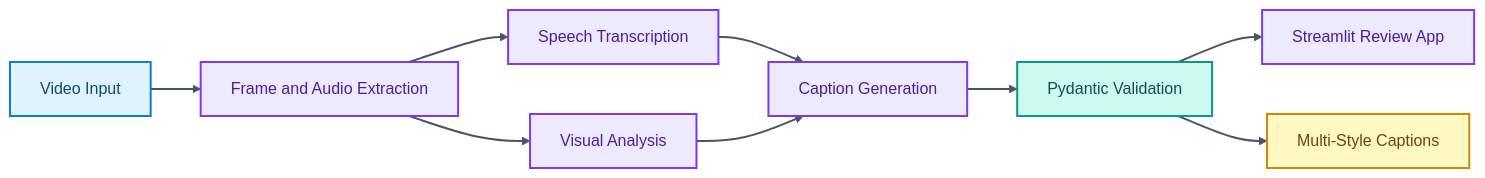
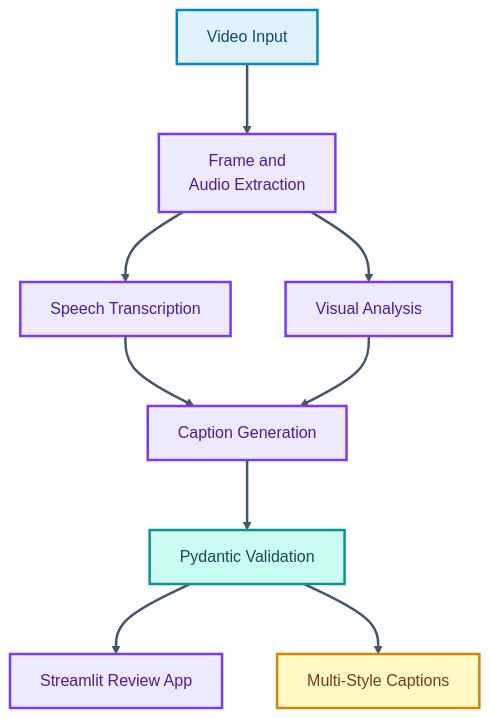
One commit to skx56/sev-cap changed the diagram in README.md. Above: the diagram before and after it, drawn with Mermaid.

Commit message:
Make README architecture diagram vertical

````diff
--- a/README.md
+++ b/README.md
@@ -30,22 +30,23 @@
 ```mermaid
-flowchart LR
-  Video["Video Input"] --> Extract["Frame and Audio Extraction"]
+%%{init: {"flowchart": {"nodeSpacing": 55, "rankSpacing": 70, "curve": "basis"}, "themeVariables": {"fontSize": "16px", "fontFamily": "Inter, ui-sans-serif, system-ui, -apple-system, BlinkMacSystemFont, Segoe UI, sans-serif"}}}%%
+flowchart TD
+  Video["Video Input"] --> Extract["Frame and<br/>Audio Extraction"]
   Extract --> Transcribe["Speech Transcription"]
   Extract --> Analyze["Visual Analysis"]
   Transcribe --> Caption["Caption Generation"]
   Analyze --> Caption
   Caption --> Schemas["Pydantic Validation"]
   Schemas --> Streamlit["Streamlit Review App"]
   Schemas --> Output["Multi-Style Captions"]
 
-  classDef inputs fill:#E0F2FE,stroke:#0284C7,color:#0C4A6E,stroke-width:2px;
-  classDef process fill:#EDE9FE,stroke:#7C3AED,color:#4C1D95,stroke-width:2px;
-  classDef data fill:#CCFBF1,stroke:#0D9488,color:#134E4A,stroke-width:2px;
-  classDef agent fill:#FCE7F3,stroke:#DB2777,color:#831843,stroke-width:2px;
-  classDef output fill:#FEF9C3,stroke:#CA8A04,color:#713F12,stroke-width:2px;
+  classDef inputs fill:#E0F2FE,stroke:#0284C7,color:#0C4A6E,stroke-width:2.5px;
+  classDef process fill:#EDE9FE,stroke:#7C3AED,color:#4C1D95,stroke-width:2.5px;
+  classDef data fill:#CCFBF1,stroke:#0D9488,color:#134E4A,stroke-width:2.5px;
+  classDef agent fill:#FCE7F3,stroke:#DB2777,color:#831843,stroke-width:2.5px;
+  classDef output fill:#FEF9C3,stroke:#CA8A04,color:#713F12,stroke-width:2.5px;
   class Video inputs;
   class Extract,Transcribe,Analyze,Caption,Streamlit process;
   class Schemas data;
   class Output output;
-  linkStyle default stroke:#475569,stroke-width:2px;
+  linkStyle default stroke:#475569,stroke-width:2.5px;
 ```
````
